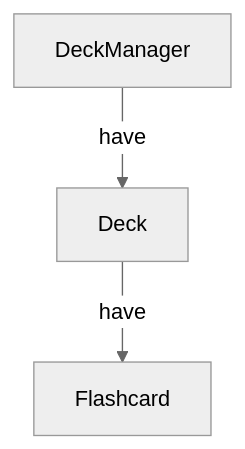
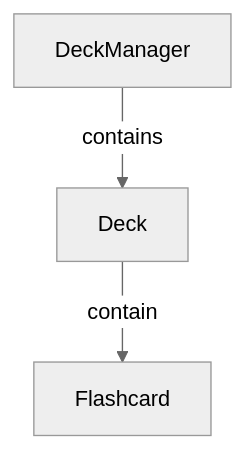
The sixth of 7 diagrams in docs/project_plan.md (sourander/ankea), drawn with Mermaid (neutral theme) before and after one commit. The commit also changed other lines of this file, not shown here.

````diff
--- a/docs/project_plan.md
+++ b/docs/project_plan.md
@@ -194,5 +198,5 @@
 ```mermaid
 flowchart TD
-    DeckManager -- have --> Deck
-    Deck -- have --> Flashcard
+    DeckManager -- contains --> Deck
+    Deck -- contain --> Flashcard
 ```
````
